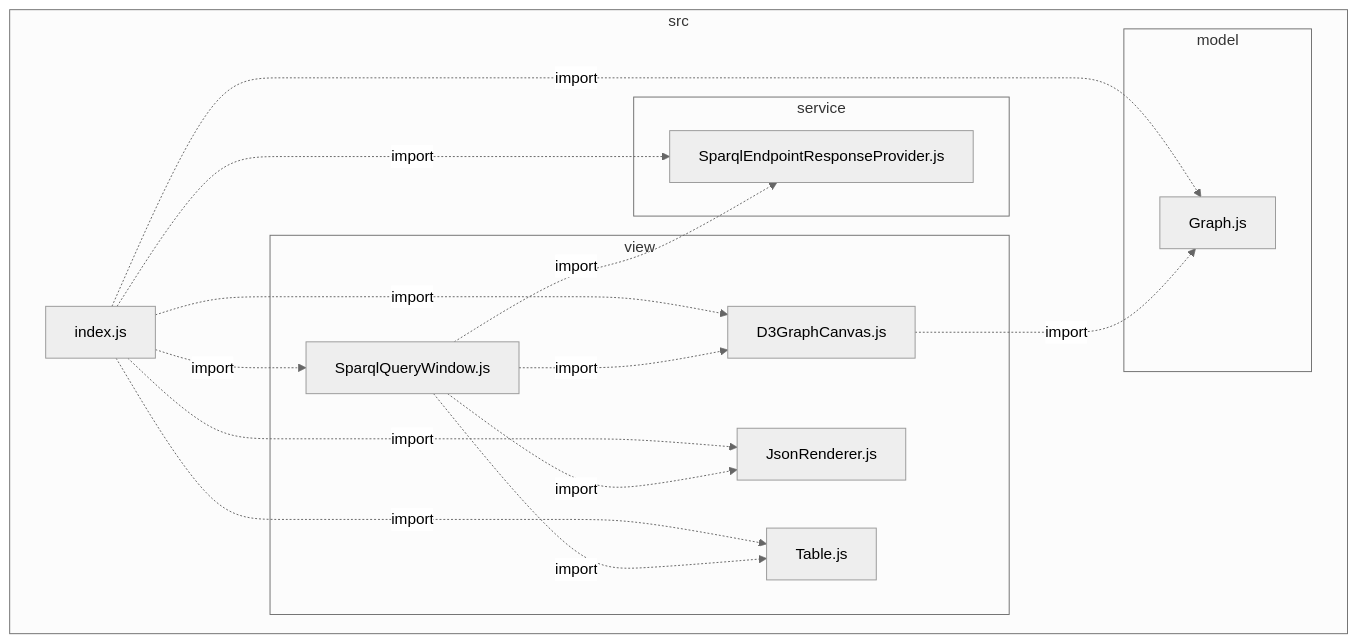
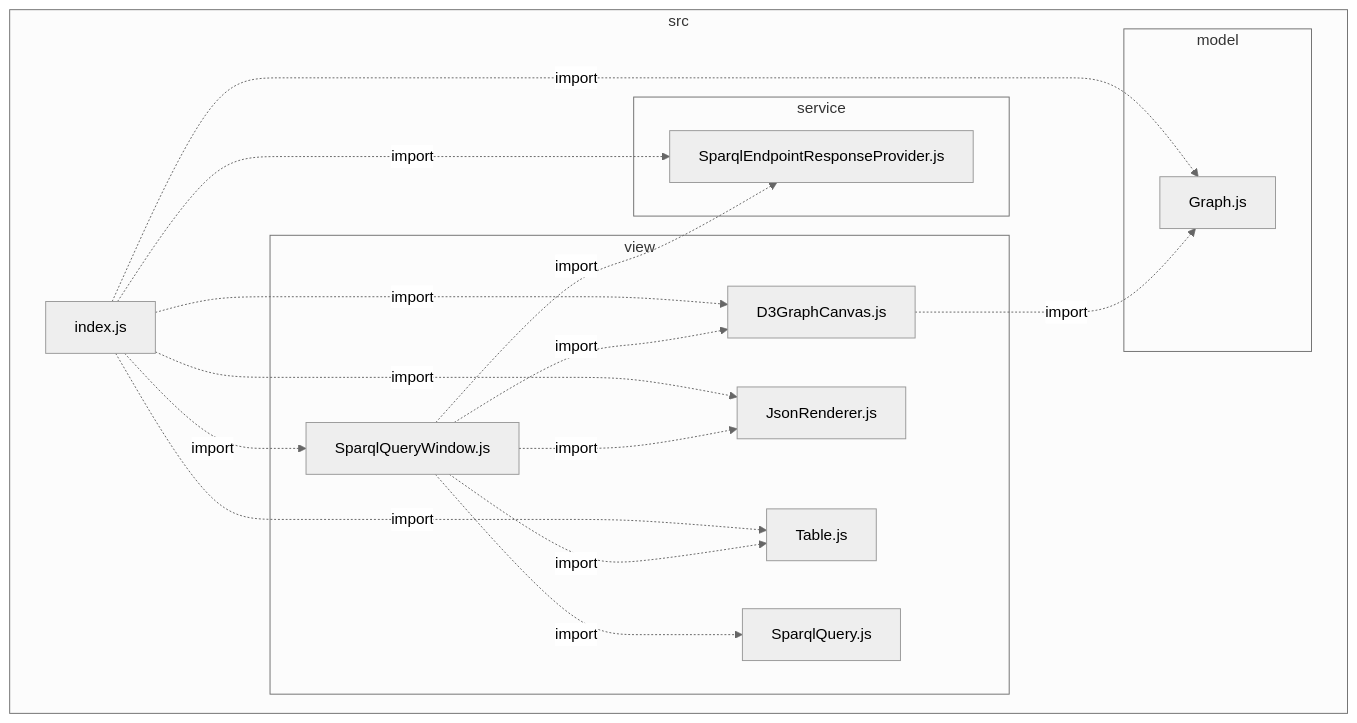
Before and after one commit to VCityTeam/UD-Viz: the diagram in packages/widget_sparql/architecture.md, drawn with Mermaid (neutral theme). The commit also changed 31 other files, not shown here.

````diff
--- a/packages/widget_sparql/architecture.md
+++ b/packages/widget_sparql/architecture.md
@@ -1,29 +1,31 @@
 ```mermaid
 flowchart
  subgraph IDsrc["src"]
   IDsrcIndex2ejs["index.js"]
   subgraph IDsrcModel["model"]
    IDsrcModelGraph2ejs["Graph.js"]
   end
   subgraph IDsrcService["service"]
    IDsrcServiceSparqlEndpointResponseProvider2ejs["SparqlEndpointResponseProvider.js"]
   end
   subgraph IDsrcView["view"]
    IDsrcViewD3GraphCanvas2ejs["D3GraphCanvas.js"]
    IDsrcViewJsonRenderer2ejs["JsonRenderer.js"]
+   IDsrcViewSparqlQuery2ejs["SparqlQuery.js"]
    IDsrcViewSparqlQueryWindow2ejs["SparqlQueryWindow.js"]
    IDsrcViewTable2ejs["Table.js"]
   end
  end
 IDsrcIndex2ejs-.->|import|IDsrcViewD3GraphCanvas2ejs
 IDsrcIndex2ejs-.->|import|IDsrcViewJsonRenderer2ejs
 IDsrcIndex2ejs-.->|import|IDsrcViewSparqlQueryWindow2ejs
 IDsrcIndex2ejs-.->|import|IDsrcViewTable2ejs
 IDsrcIndex2ejs-.->|import|IDsrcServiceSparqlEndpointResponseProvider2ejs
 IDsrcIndex2ejs-.->|import|IDsrcModelGraph2ejs
 IDsrcViewD3GraphCanvas2ejs-.->|import|IDsrcModelGraph2ejs
 IDsrcViewSparqlQueryWindow2ejs-.->|import|IDsrcServiceSparqlEndpointResponseProvider2ejs
 IDsrcViewSparqlQueryWindow2ejs-.->|import|IDsrcViewD3GraphCanvas2ejs
 IDsrcViewSparqlQueryWindow2ejs-.->|import|IDsrcViewTable2ejs
 IDsrcViewSparqlQueryWindow2ejs-.->|import|IDsrcViewJsonRenderer2ejs
+IDsrcViewSparqlQueryWindow2ejs-.->|import|IDsrcViewSparqlQuery2ejs
 ```
````
